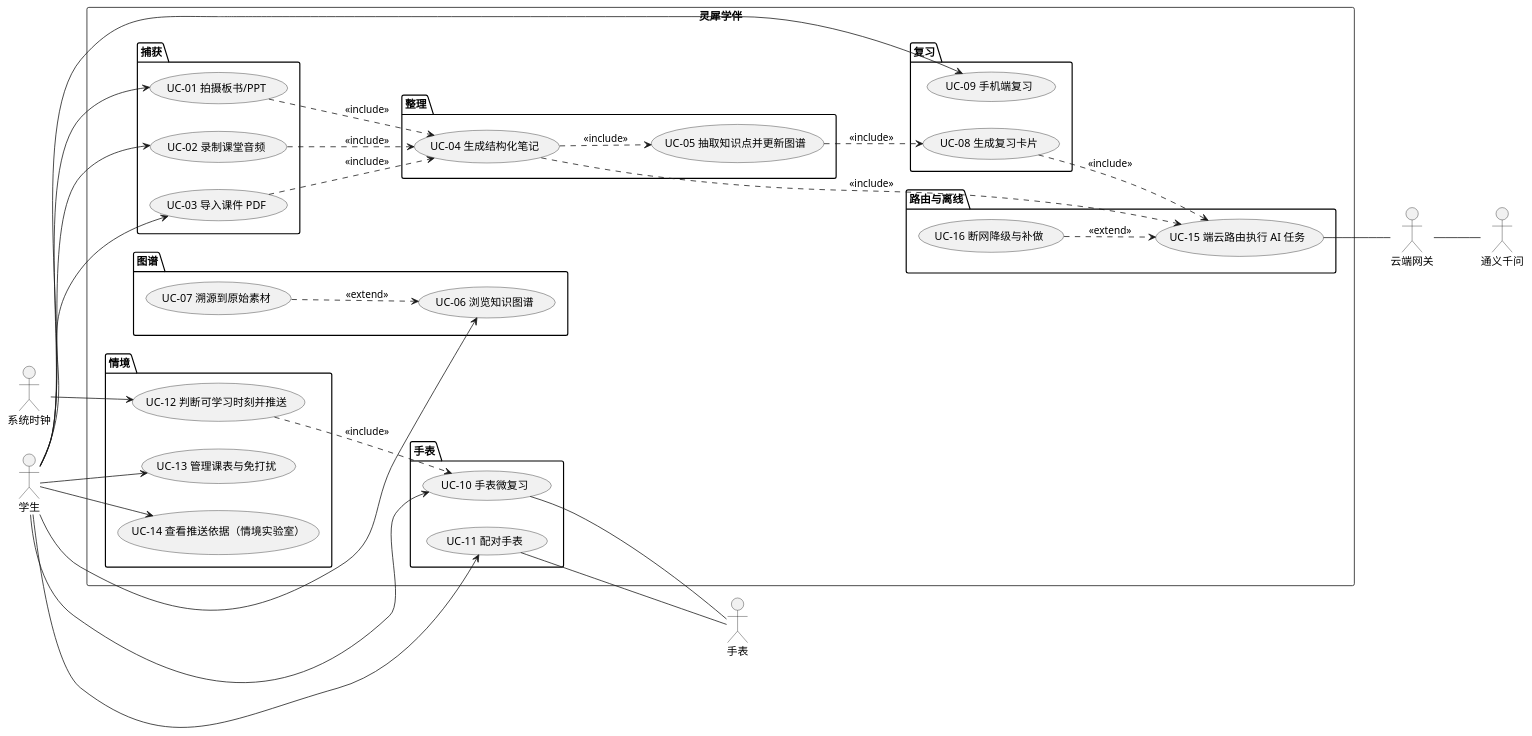
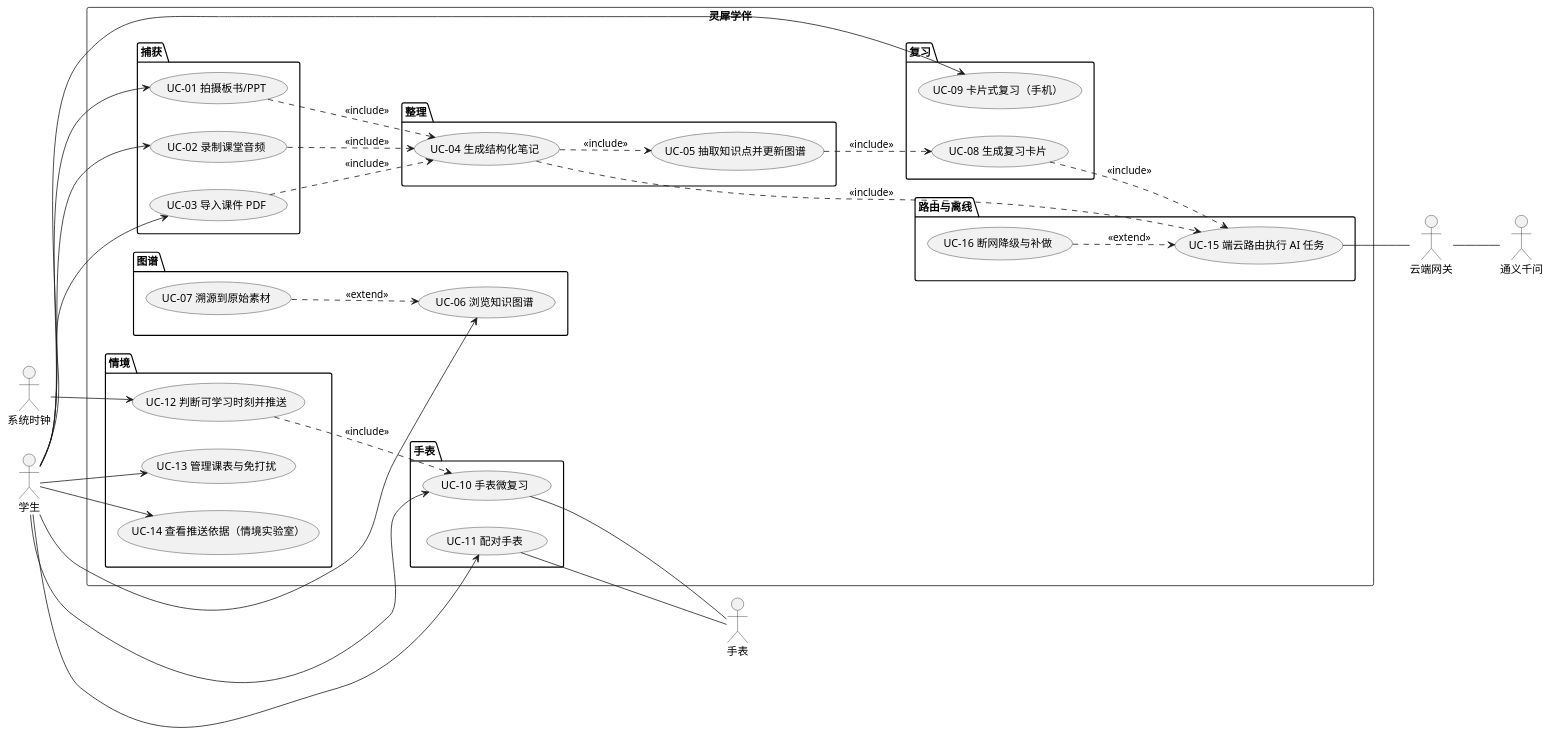
One commit to Haoyu-Wang818/lingxi changed the diagram in docs/01-requirements/02-use-cases.md. Above: the diagram before and after it, drawn with PlantUML. The commit also changed other lines of this file and 4 other files, not shown here.

````diff
--- a/docs/01-requirements/02-use-cases.md
+++ b/docs/01-requirements/02-use-cases.md
@@ -21,68 +21,68 @@
 ```plantuml
 @startuml
 left to right direction
 actor 学生 as S
 actor 手表 as W
 actor 云端网关 as G
 actor 通义千问 as Q
 actor 系统时钟 as T
 
 rectangle 灵犀学伴 {
   package 捕获 {
     usecase "UC-01 拍摄板书/PPT" as UC01
     usecase "UC-02 录制课堂音频" as UC02
     usecase "UC-03 导入课件 PDF" as UC03
   }
   package 整理 {
     usecase "UC-04 生成结构化笔记" as UC04
     usecase "UC-05 抽取知识点并更新图谱" as UC05
   }
   package 图谱 {
     usecase "UC-06 浏览知识图谱" as UC06
     usecase "UC-07 溯源到原始素材" as UC07
   }
   package 复习 {
     usecase "UC-08 生成复习卡片" as UC08
-    usecase "UC-09 手机端复习" as UC09
+    usecase "UC-09 卡片式复习（手机）" as UC09
   }
   package 手表 {
     usecase "UC-10 手表微复习" as UC10
     usecase "UC-11 配对手表" as UC11
   }
   package 情境 {
     usecase "UC-12 判断可学习时刻并推送" as UC12
     usecase "UC-13 管理课表与免打扰" as UC13
     usecase "UC-14 查看推送依据（情境实验室）" as UC14
   }
   package 路由与离线 {
     usecase "UC-15 端云路由执行 AI 任务" as UC15
     usecase "UC-16 断网降级与补做" as UC16
   }
 }
 
 S --> UC01
 S --> UC02
 S --> UC03
 S --> UC06
 S --> UC09
 S --> UC10
 S --> UC11
 S --> UC13
 S --> UC14
 T --> UC12
 UC01 ..> UC04 : <<include>>
 UC02 ..> UC04 : <<include>>
 UC03 ..> UC04 : <<include>>
 UC04 ..> UC05 : <<include>>
 UC05 ..> UC08 : <<include>>
 UC07 ..> UC06 : <<extend>>
 UC12 ..> UC10 : <<include>>
 UC04 ..> UC15 : <<include>>
 UC08 ..> UC15 : <<include>>
 UC16 ..> UC15 : <<extend>>
 UC10 -- W
 UC11 -- W
 UC15 -- G
 G -- Q
 @enduml
 ```
````
